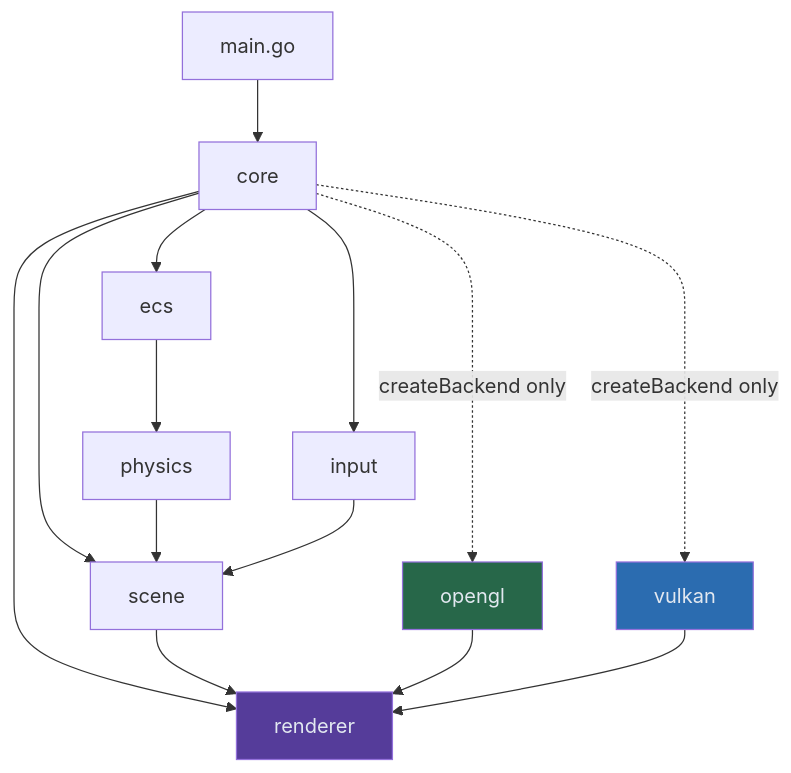
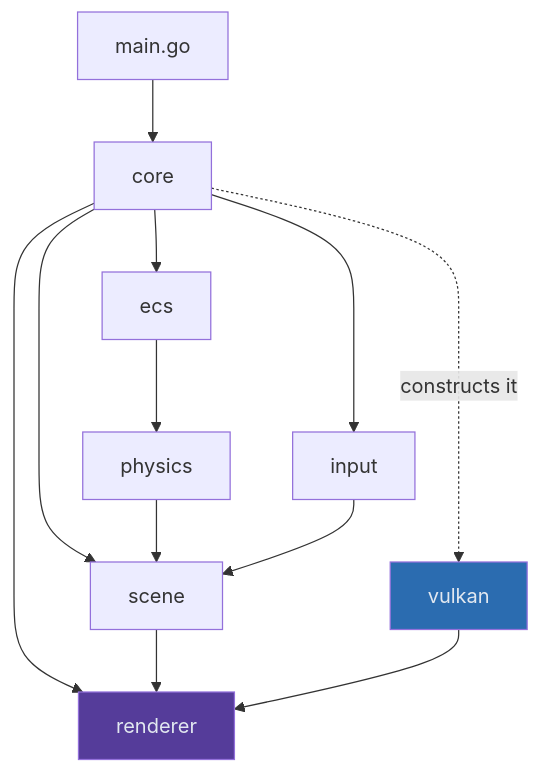
The first of 3 diagrams in notes/ARCHITECTURE.md (Zephyr75/overdrive), drawn with Mermaid before and after one commit. The commit also changed other lines of this file and 32 other files, not shown here.

````diff
--- a/notes/ARCHITECTURE.md
+++ b/notes/ARCHITECTURE.md
@@ -109,20 +103,17 @@
 ```mermaid
 graph TD
     M[main.go] --> C[core]
     C --> S[scene]
     C --> E[ecs]
     C --> I[input]
     C --> R[renderer]
     S --> R
     E --> P[physics]
     P --> S
     I --> S
-    C -.->|createBackend only| GL[opengl]
-    C -.->|createBackend only| VK[vulkan]
-    GL --> R
+    C -.->|constructs it| VK[vulkan]
     VK --> R
 
     style R fill:#553c9a,color:#e2e8f0
-    style GL fill:#276749,color:#e2e8f0
     style VK fill:#2b6cb0,color:#e2e8f0
 ```
````
